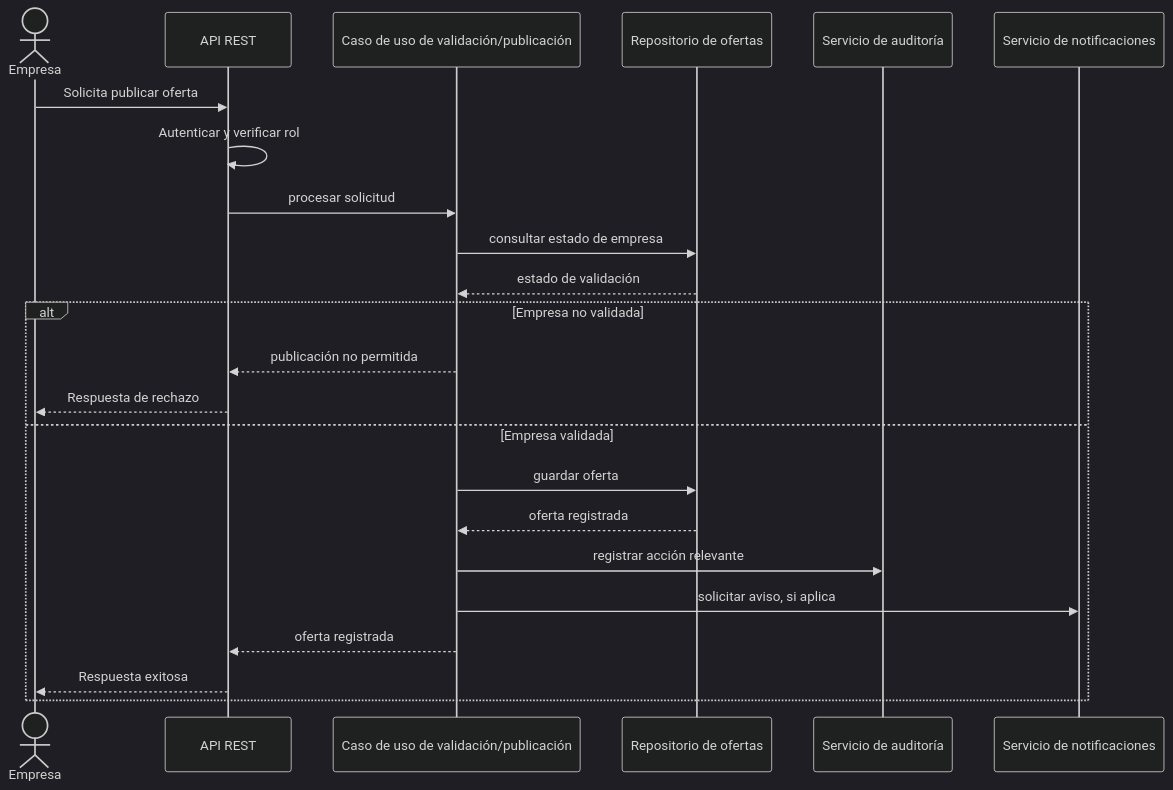
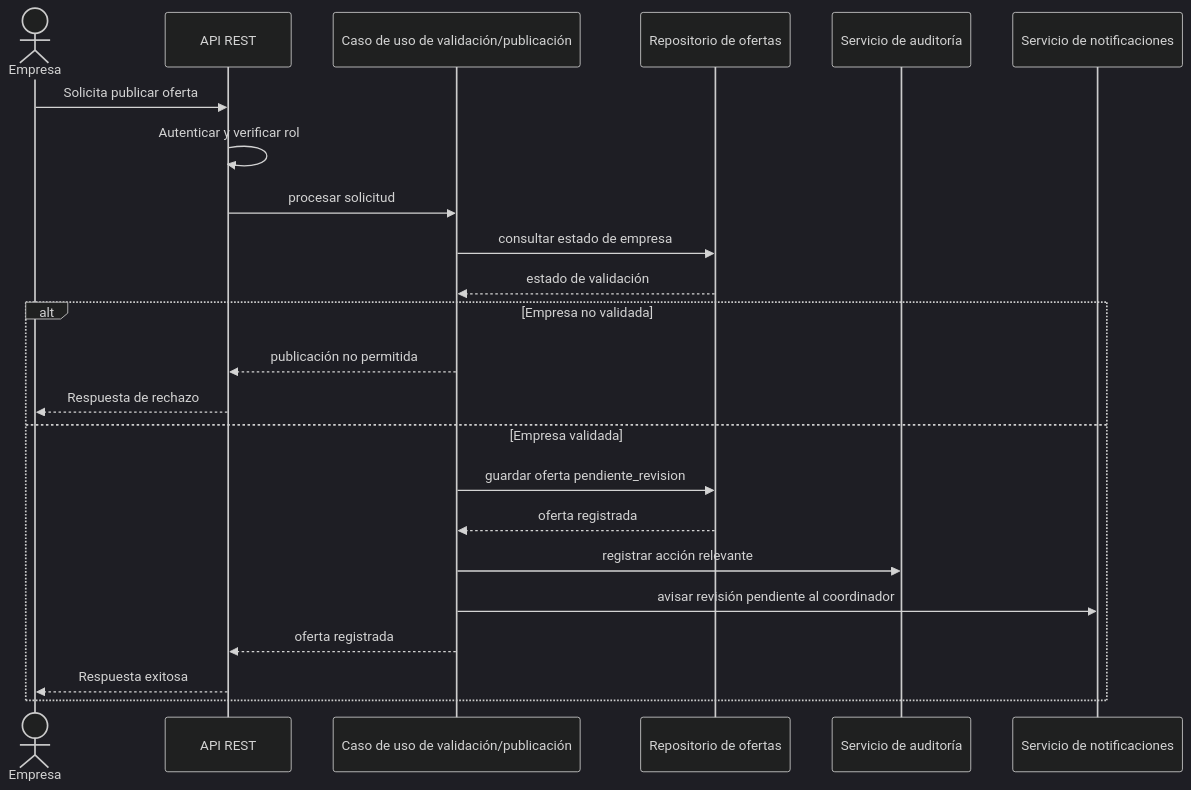
The second of 2 diagrams in docs/03-diseno-de-software/diseno-interno/01-diseno-interno.md (Jhoncode987/Sistema-de-Gestion-y-Publicacion-Practicas-Preprofesionales), drawn with Mermaid (dark theme) before and after one commit. The commit also changed other lines of this file and 13 other files, not shown here.

Commit message:
docs: conservar arquitectura y diagramas originales y detallar los siete módulos

```diff
--- a/docs/03-diseno-de-software/diseno-interno/01-diseno-interno.md
+++ b/docs/03-diseno-de-software/diseno-interno/01-diseno-interno.md
@@ -121,26 +121,26 @@
 ~~~mermaid
 sequenceDiagram
     actor Empresa
     participant API as API REST
     participant UC as Caso de uso de validación/publicación
     participant Repo as Repositorio de ofertas
     participant Audit as Servicio de auditoría
     participant Notif as Servicio de notificaciones
 
     Empresa->>API: Solicita publicar oferta
     API->>API: Autenticar y verificar rol
     API->>UC: procesar solicitud
     UC->>Repo: consultar estado de empresa
     Repo-->>UC: estado de validación
     alt Empresa no validada
         UC-->>API: publicación no permitida
         API-->>Empresa: Respuesta de rechazo
     else Empresa validada
-        UC->>Repo: guardar oferta
+        UC->>Repo: guardar oferta pendiente_revision
         Repo-->>UC: oferta registrada
         UC->>Audit: registrar acción relevante
-        UC->>Notif: solicitar aviso, si aplica
+        UC->>Notif: avisar revisión pendiente al coordinador
         UC-->>API: oferta registrada
         API-->>Empresa: Respuesta exitosa
     end
 ~~~
```
